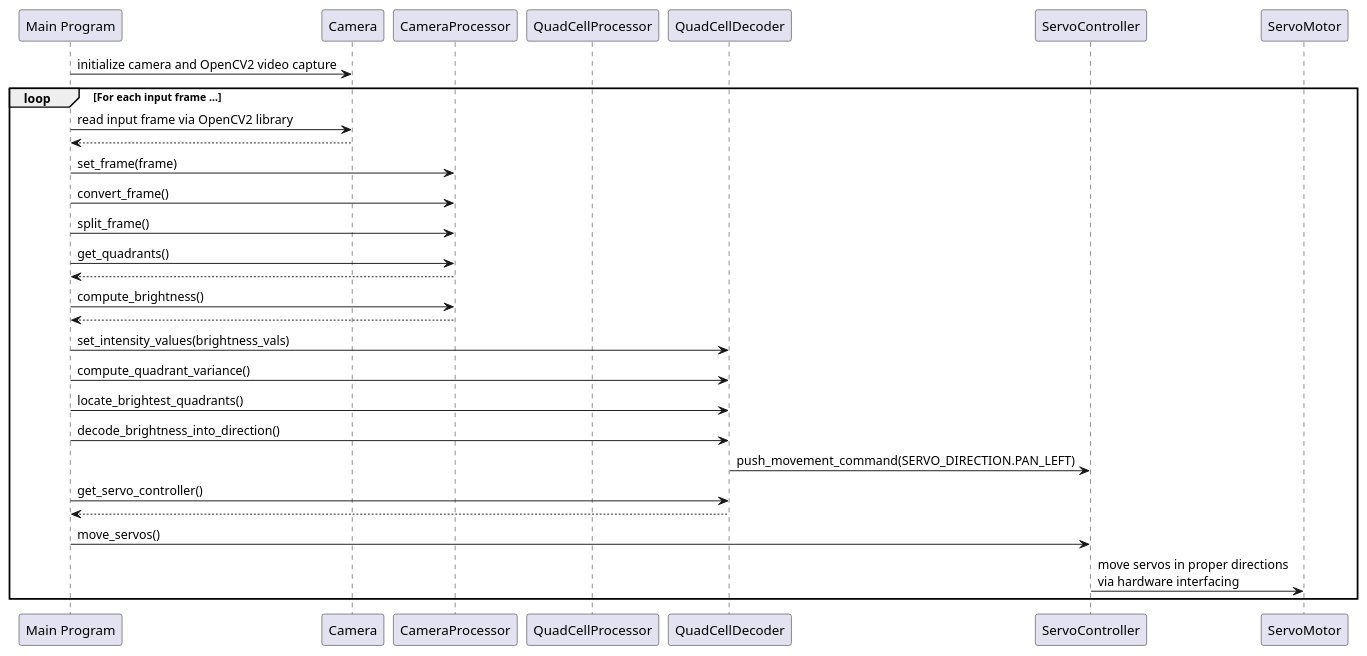
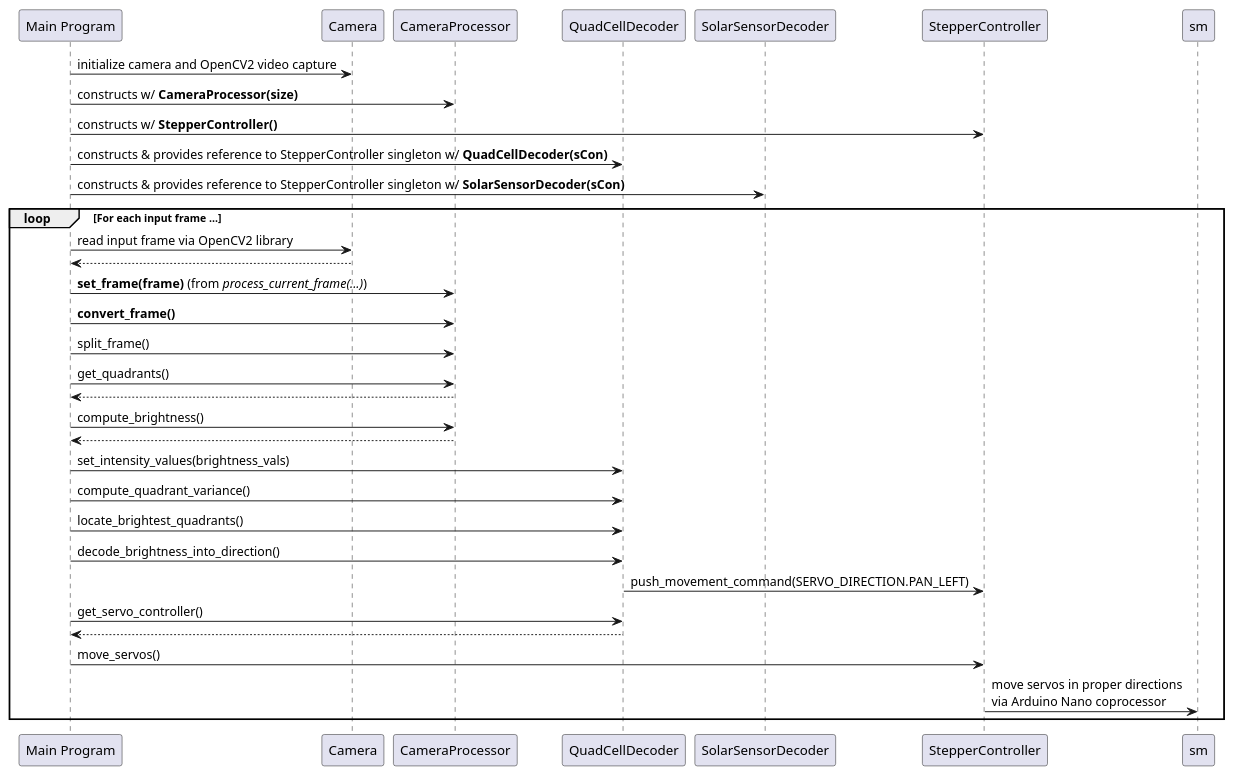
Before and after one commit to JonathanI19/EclipseBallooning: the diagram in diagrams/sun_tracker_sequence_diagram.puml, drawn with PlantUML. The commit also changed 2 other files, not shown here.

Commit message:
Update class diagram and create interface for SolarSensorDecoder

```diff
--- a/diagrams/sun_tracker_sequence_diagram.puml
+++ b/diagrams/sun_tracker_sequence_diagram.puml
@@ -1,50 +1,52 @@
 @startuml SunTrackerSequenceDiagram
 
 ' Define participants
 participant "Main Program" as mp
 participant "Camera" as cam
-' participant "Quad-Cell" as qc
 participant "CameraProcessor" as cp
-participant "QuadCellProcessor" as qcp
 participant "QuadCellDecoder" as qcd
-participant "ServoController" as sc
-participant "ServoMotor" as sm
+participant "SolarSensorDecoder" as scd
+participant "StepperController" as sc
 
 ' Define relations and datapath
 ' alt Data collected via Pi camera
 '     pc -> mp : collect current video frame
 '     mp -> cp : set_current_frame(input_frame)
 '     cp -> cp: split_frame()
 '     cp -> cp: compute_average_intensities()
 '     mp -> qcp : get_computed_values()
 '     mp -> qcd : set_intensity_values(input_intensities)
 ' else Data collected via quad-cell sensor
 '     mp -> qc : collect current voltage readings
 '     mp -> qcp : set_current_voltages(input_voltages)
 '     mp -> qcp : get_computed_values()
 '     mp -> qcd : set_intensity_values(input_intensities)
 'end
 
 mp -> cam : initialize camera and OpenCV2 video capture
+mp -> cp : constructs w/ **CameraProcessor(size)**
+mp -> sc : constructs w/ **StepperController()**
+mp -> qcd : constructs & provides reference to StepperController singleton w/ **QuadCellDecoder(sCon)**
+mp -> scd : constructs & provides reference to StepperController singleton w/ **SolarSensorDecoder(sCon)**
 loop For each input frame ...
 mp -> cam : read input frame via OpenCV2 library
 cam --> mp
-mp -> cp : set_frame(frame)
-mp -> cp : convert_frame()
+mp -> cp : **set_frame(frame)** (from //process_current_frame(...)//)
+mp -> cp : **convert_frame()** 
 mp -> cp : split_frame()
 mp -> cp : get_quadrants()
 cp --> mp
 mp -> cp : compute_brightness()
 cp --> mp
 mp -> qcd : set_intensity_values(brightness_vals)
 mp -> qcd : compute_quadrant_variance()
 mp -> qcd : locate_brightest_quadrants()
 mp -> qcd : decode_brightness_into_direction()
 qcd -> sc : push_movement_command(SERVO_DIRECTION.PAN_LEFT)
 mp -> qcd : get_servo_controller()
 qcd --> mp
 mp -> sc : move_servos()
-sc -> sm : move servos in proper directions\nvia hardware interfacing
+sc -> sm : move servos in proper directions\nvia Arduino Nano coprocessor
 end
 
 @enduml
```
